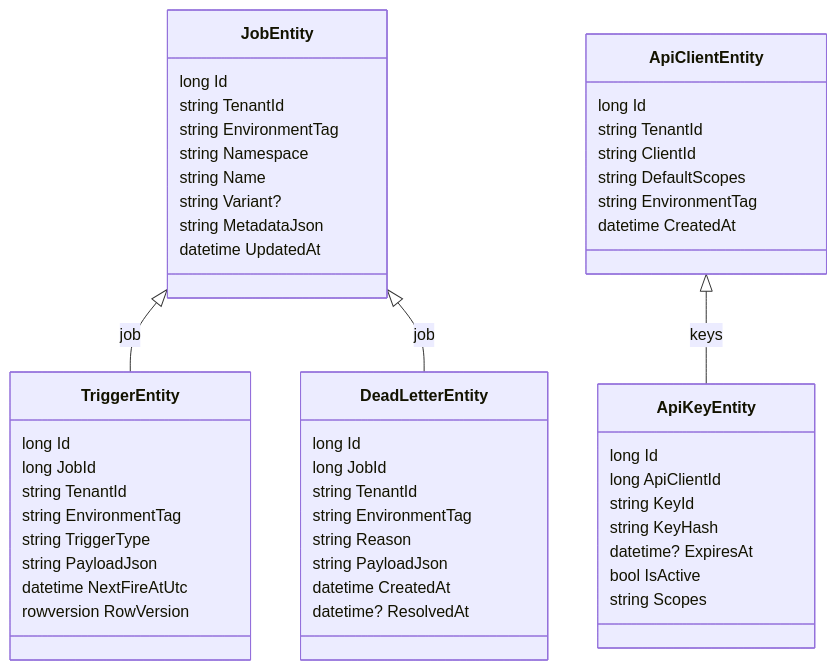
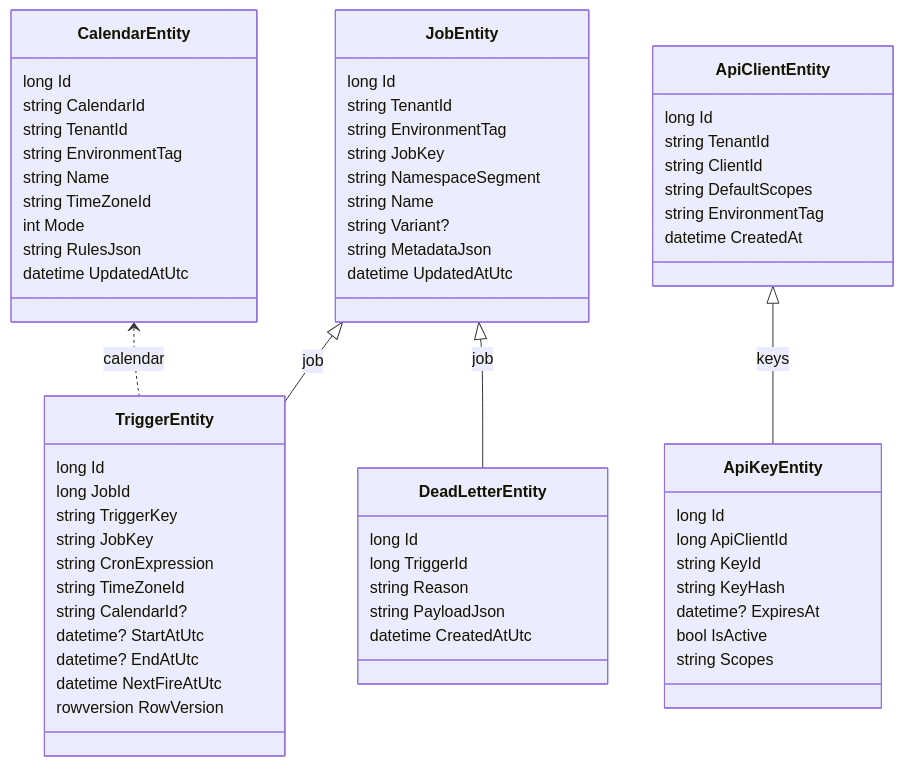
One commit to nuetzliches/croniq changed the diagram in docs/deep-dive/persistence.md. Above: the diagram before and after it, drawn with Mermaid. The commit also changed other lines of this file and 65 other files, not shown here.

````diff
--- a/docs/deep-dive/persistence.md
+++ b/docs/deep-dive/persistence.md
@@ -16,53 +16,66 @@
 ```mermaid
 classDiagram
     class JobEntity {
         long Id
         string TenantId
         string EnvironmentTag
-        string Namespace
+        string JobKey
+        string NamespaceSegment
         string Name
         string Variant?
         string MetadataJson
-        datetime UpdatedAt
+        datetime UpdatedAtUtc
     }
     class TriggerEntity {
         long Id
         long JobId
-        string TenantId
-        string EnvironmentTag
-        string TriggerType
-        string PayloadJson
+        string TriggerKey
+        string JobKey
+        string CronExpression
+        string TimeZoneId
+        string CalendarId?
+        datetime? StartAtUtc
+        datetime? EndAtUtc
         datetime NextFireAtUtc
         rowversion RowVersion
     }
     class DeadLetterEntity {
         long Id
-        long JobId
+        long TriggerId
+        string Reason
+        string PayloadJson
+        datetime CreatedAtUtc
+    }
+    class CalendarEntity {
+        long Id
+        string CalendarId
         string TenantId
         string EnvironmentTag
-        string Reason
-        string PayloadJson
-        datetime CreatedAt
-        datetime? ResolvedAt
+        string Name
+        string TimeZoneId
+        int Mode
+        string RulesJson
+        datetime UpdatedAtUtc
     }
     class ApiClientEntity {
         long Id
         string TenantId
         string ClientId
         string DefaultScopes
         string EnvironmentTag
         datetime CreatedAt
     }
     class ApiKeyEntity {
         long Id
         long ApiClientId
         string KeyId
         string KeyHash
         datetime? ExpiresAt
         bool IsActive
         string Scopes
     }
     JobEntity <|-- TriggerEntity : job
     JobEntity <|-- DeadLetterEntity : job
+    CalendarEntity <.. TriggerEntity : calendar
     ApiClientEntity <|-- ApiKeyEntity : keys
 ```
````
